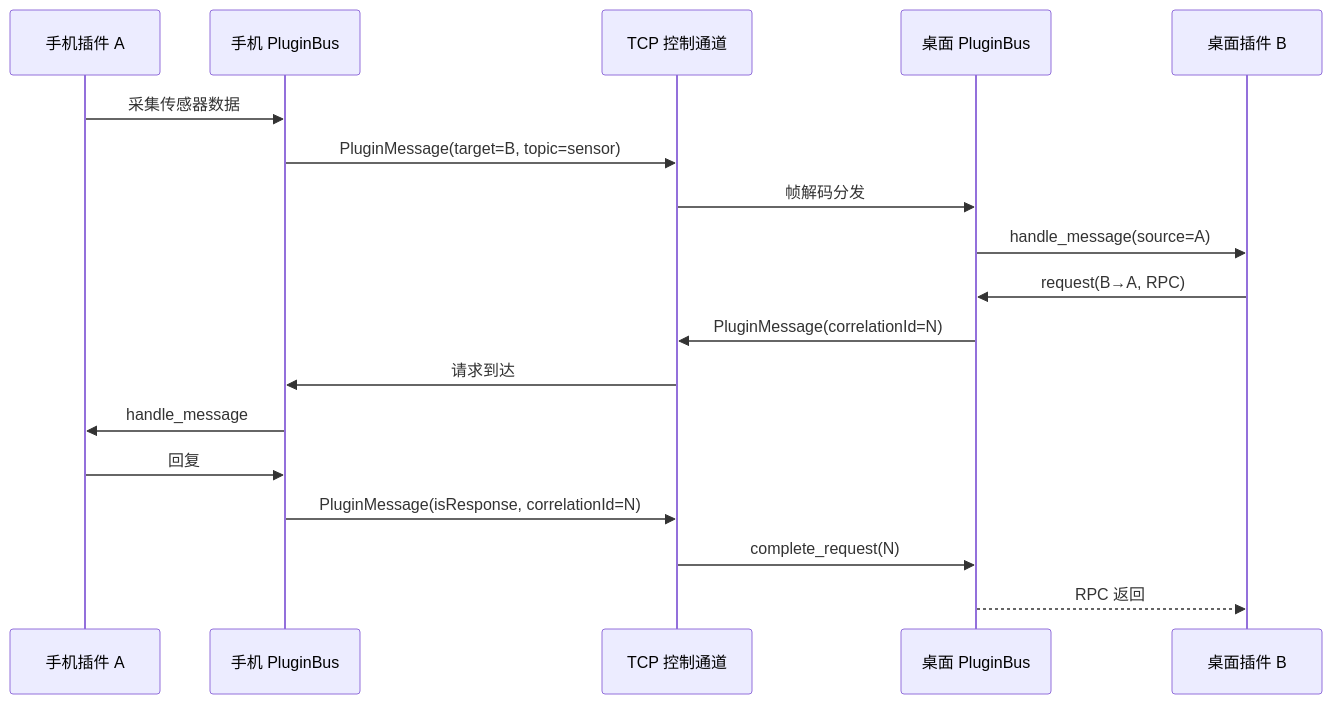
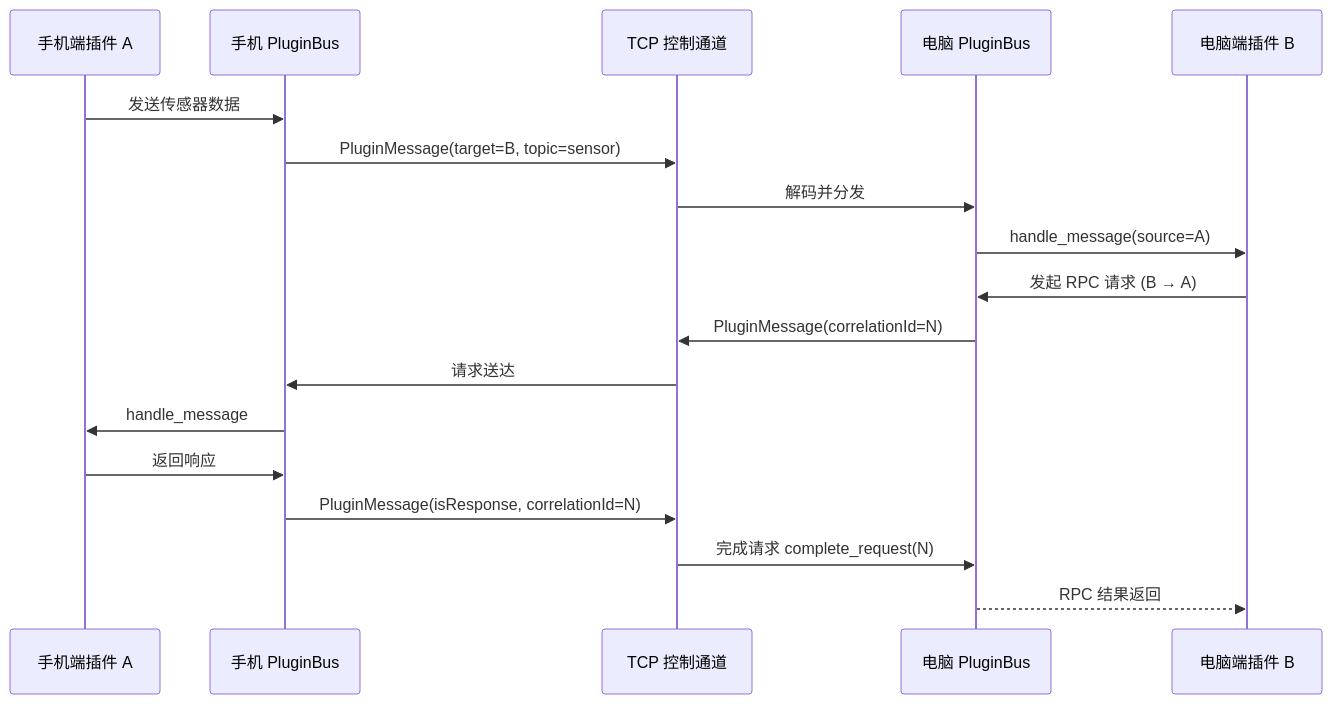
One commit to MicYou-Dev/Website-MicYou changed the second of 2 diagrams in src/docs/plugin/plugin-overview.md. Above: the diagram before and after it, drawn with Mermaid. The commit also changed other lines of this file and 48 other files, not shown here.

````diff
--- a/src/docs/plugin/plugin-overview.md
+++ b/src/docs/plugin/plugin-overview.md
@@ -64,22 +67,22 @@
 ```mermaid
 sequenceDiagram
-  participant P1 as 手机插件 A
+  participant P1 as 手机端插件 A
   participant PB as 手机 PluginBus
-  participant W as TCP 控制通道
-  participant DB as 桌面 PluginBus
-  participant P2 as 桌面插件 B
+  participant TCP as TCP 控制通道
+  participant DB as 电脑 PluginBus
+  participant P2 as 电脑端插件 B
 
-  P1->>PB: 采集传感器数据
-  PB->>W: PluginMessage(target=B, topic=sensor)
-  W->>DB: 帧解码分发
+  P1->>PB: 发送传感器数据
+  PB->>TCP: PluginMessage(target=B, topic=sensor)
+  TCP->>DB: 解码并分发
   DB->>P2: handle_message(source=A)
 
-  P2->>DB: request(B→A, RPC)
-  DB->>W: PluginMessage(correlationId=N)
-  W->>PB: 请求到达
+  P2->>DB: 发起 RPC 请求 (B → A)
+  DB->>TCP: PluginMessage(correlationId=N)
+  TCP->>PB: 请求送达
   PB->>P1: handle_message
-  P1->>PB: 回复
-  PB->>W: PluginMessage(isResponse, correlationId=N)
-  W->>DB: complete_request(N)
-  DB-->>P2: RPC 返回
+  P1->>PB: 返回响应
+  PB->>TCP: PluginMessage(isResponse, correlationId=N)
+  TCP->>DB: 完成请求 complete_request(N)
+  DB-->>P2: RPC 结果返回
 ```
````
